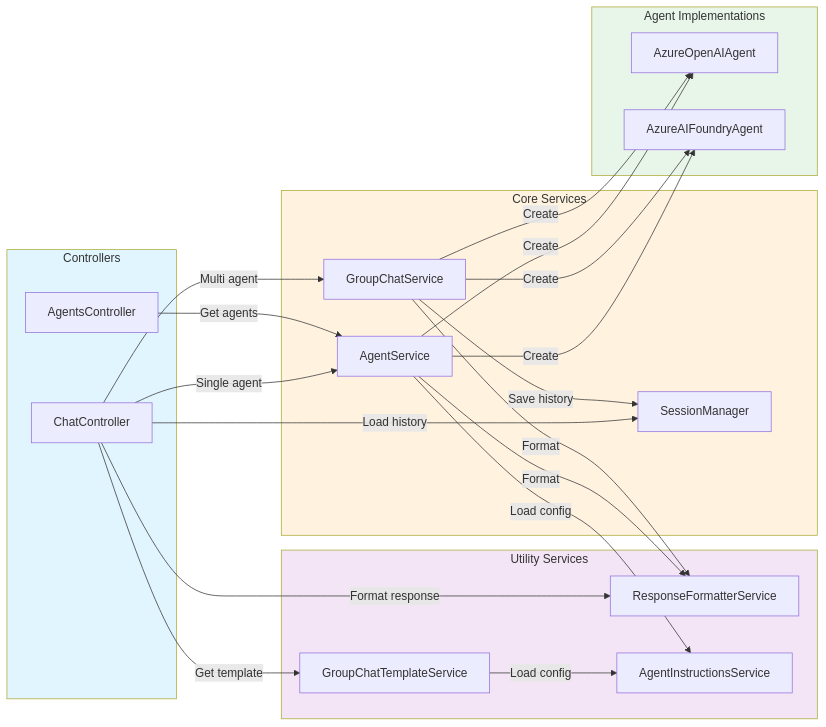
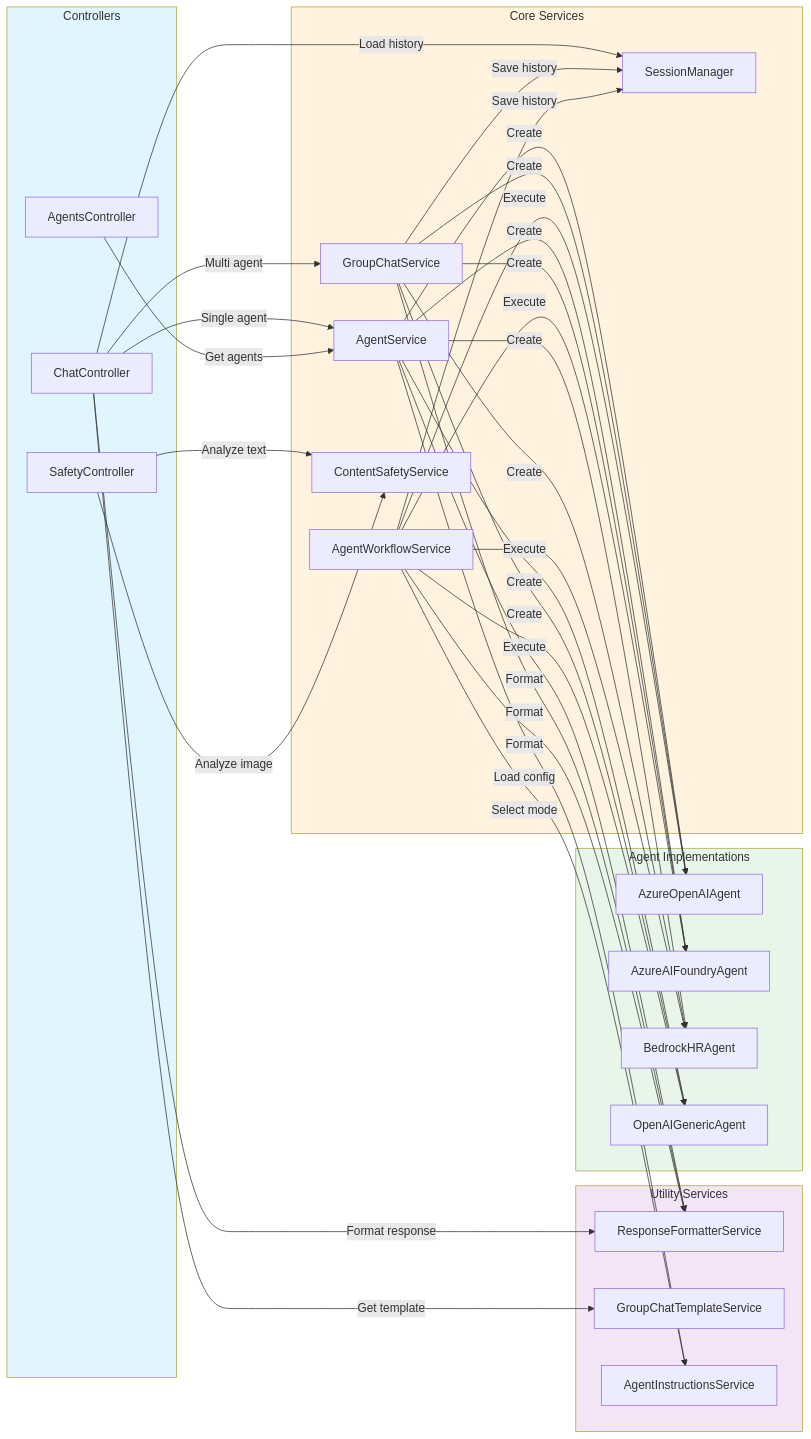
One commit to nhcloud/agentframework-workshop changed the sixth of 9 diagrams in Backend/dotnet/README.md. Above: the diagram before and after it, drawn with Mermaid. The commit also changed other lines of this file, not shown here.

````diff
--- a/Backend/dotnet/README.md
+++ b/Backend/dotnet/README.md
@@ -235,49 +377,67 @@
 ```mermaid
 graph LR
     subgraph Controllers
         CC[ChatController]
         AC[AgentsController]
+        SC[SafetyController]
     end
     
     subgraph CoreServices["Core Services"]
         AS[AgentService]
         GCS[GroupChatService]
-        SM[SessionManager]
+        SMS[SessionManager]
+        WFS[AgentWorkflowService]
+        SFS[ContentSafetyService]
     end
     
     subgraph UtilityServices["Utility Services"]
         RFS[ResponseFormatterService]
         GTS[GroupChatTemplateService]
         AIS[AgentInstructionsService]
     end
     
     subgraph AgentLayer["Agent Implementations"]
         AOA[AzureOpenAIAgent]
         AFA[AzureAIFoundryAgent]
+        BHA[BedrockHRAgent]
+        OGA[OpenAIGenericAgent]
     end
     
     CC -->|Single agent| AS
     CC -->|Multi agent| GCS
-    CC -->|Load history| SM
+    CC -->|Load history| SMS
     CC -->|Format response| RFS
     CC -->|Get template| GTS
     
     AC -->|Get agents| AS
     
     AS -->|Load config| AIS
     AS -->|Create| AOA
     AS -->|Create| AFA
+    AS -->|Create| BHA
+    AS -->|Create| OGA
     AS -->|Format| RFS
     
     GCS -->|Create| AOA
     GCS -->|Create| AFA
-    GCS -->|Save history| SM
+    GCS -->|Create| BHA
+    GCS -->|Create| OGA
+    GCS -->|Save history| SMS
     GCS -->|Format| RFS
     
-    GTS -->|Load config| AIS
+    WFS -->|Select mode| AIS
+    WFS -->|Execute| AOA
+    WFS -->|Execute| AFA
+    WFS -->|Execute| BHA
+    WFS -->|Execute| OGA
+    WFS -->|Save history| SMS
+    WFS -->|Format| RFS
+    
+    SC -->|Analyze text| SFS
+    SC -->|Analyze image| SFS
     
     style Controllers fill:#e1f5ff
     style CoreServices fill:#fff3e0
     style UtilityServices fill:#f3e5f5
     style AgentLayer fill:#e8f5e9
 ```
````
